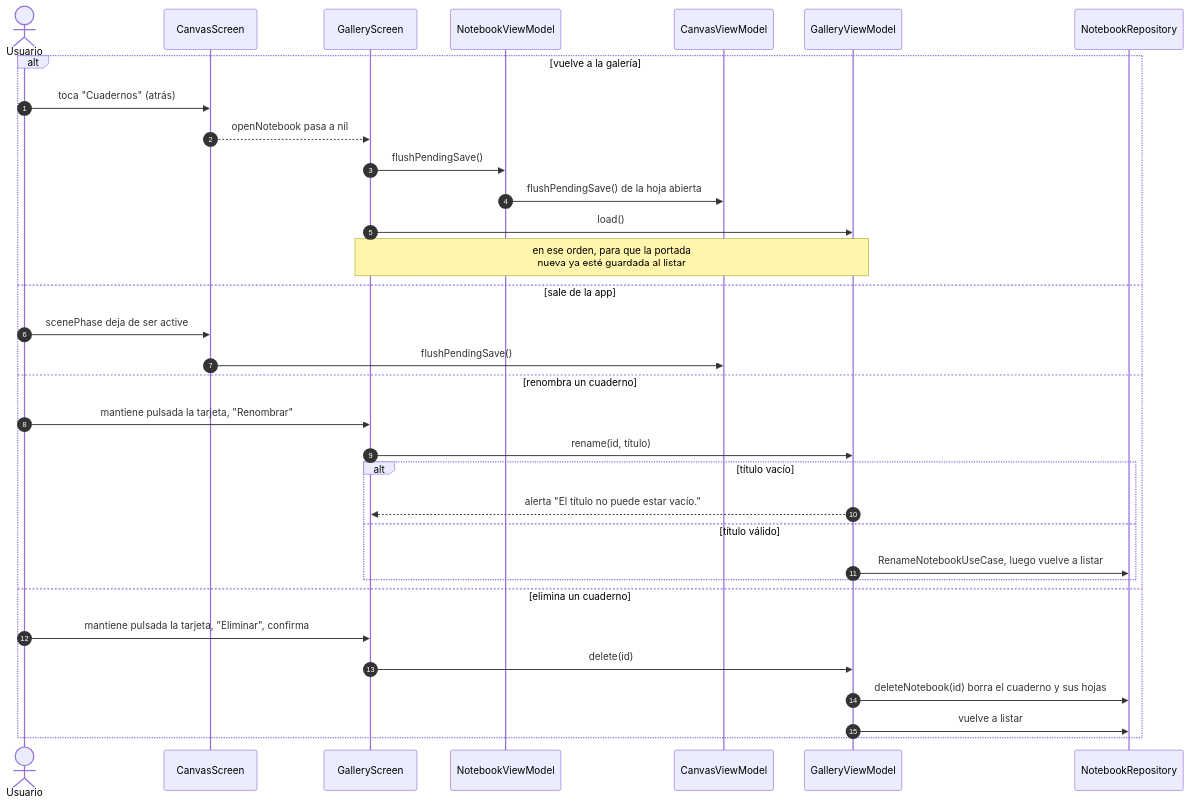
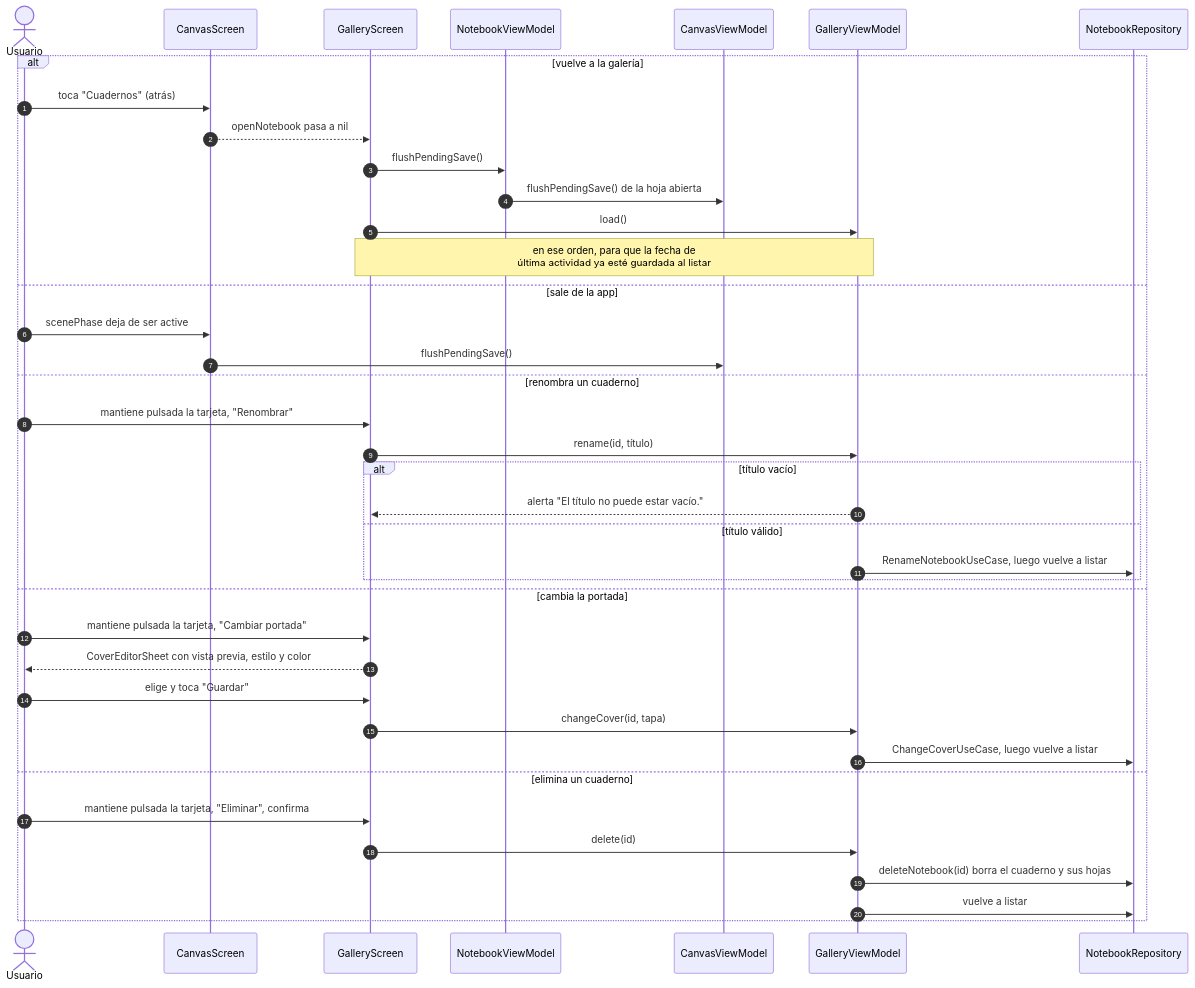
Before and after one commit to jhonjairo6230/DrawPad: the seventh of 17 diagrams in docs/arquitectura.md, drawn with Mermaid. The commit also changed other lines of this file and 134 other files, not shown here.

````diff
--- a/docs/arquitectura.md
+++ b/docs/arquitectura.md
@@ -531,36 +733,42 @@
 ```mermaid
 sequenceDiagram
     autonumber
     actor U as Usuario
     participant V as CanvasScreen
     participant G as GalleryScreen
     participant NVM as NotebookViewModel
     participant VM as CanvasViewModel
     participant GVM as GalleryViewModel
     participant R as NotebookRepository
 
     alt vuelve a la galería
         U->>V: toca "Cuadernos" (atrás)
         V-->>G: openNotebook pasa a nil
         G->>NVM: flushPendingSave()
         NVM->>VM: flushPendingSave() de la hoja abierta
         G->>GVM: load()
-        Note over G,GVM: en ese orden, para que la portada<br/>nueva ya esté guardada al listar
+        Note over G,GVM: en ese orden, para que la fecha de<br/>última actividad ya esté guardada al listar
     else sale de la app
         U->>V: scenePhase deja de ser active
         V->>VM: flushPendingSave()
     else renombra un cuaderno
         U->>G: mantiene pulsada la tarjeta, "Renombrar"
         G->>GVM: rename(id, título)
         alt título vacío
             GVM-->>G: alerta "El título no puede estar vacío."
         else título válido
             GVM->>R: RenameNotebookUseCase, luego vuelve a listar
         end
+    else cambia la portada
+        U->>G: mantiene pulsada la tarjeta, "Cambiar portada"
+        G-->>U: CoverEditorSheet con vista previa, estilo y color
+        U->>G: elige y toca "Guardar"
+        G->>GVM: changeCover(id, tapa)
+        GVM->>R: ChangeCoverUseCase, luego vuelve a listar
     else elimina un cuaderno
         U->>G: mantiene pulsada la tarjeta, "Eliminar", confirma
         G->>GVM: delete(id)
         GVM->>R: deleteNotebook(id) borra el cuaderno y sus hojas
         GVM->>R: vuelve a listar
     end
 ```
````
